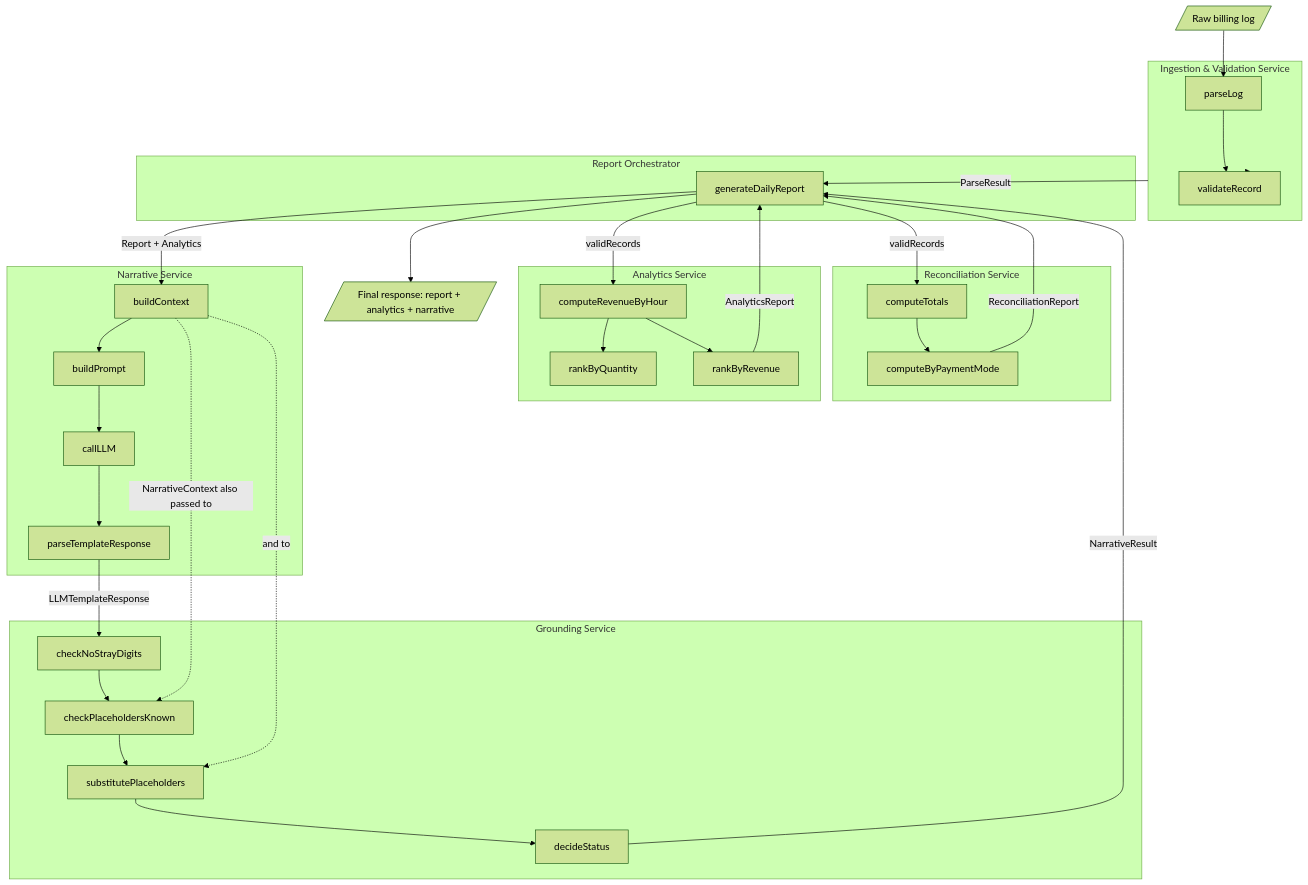
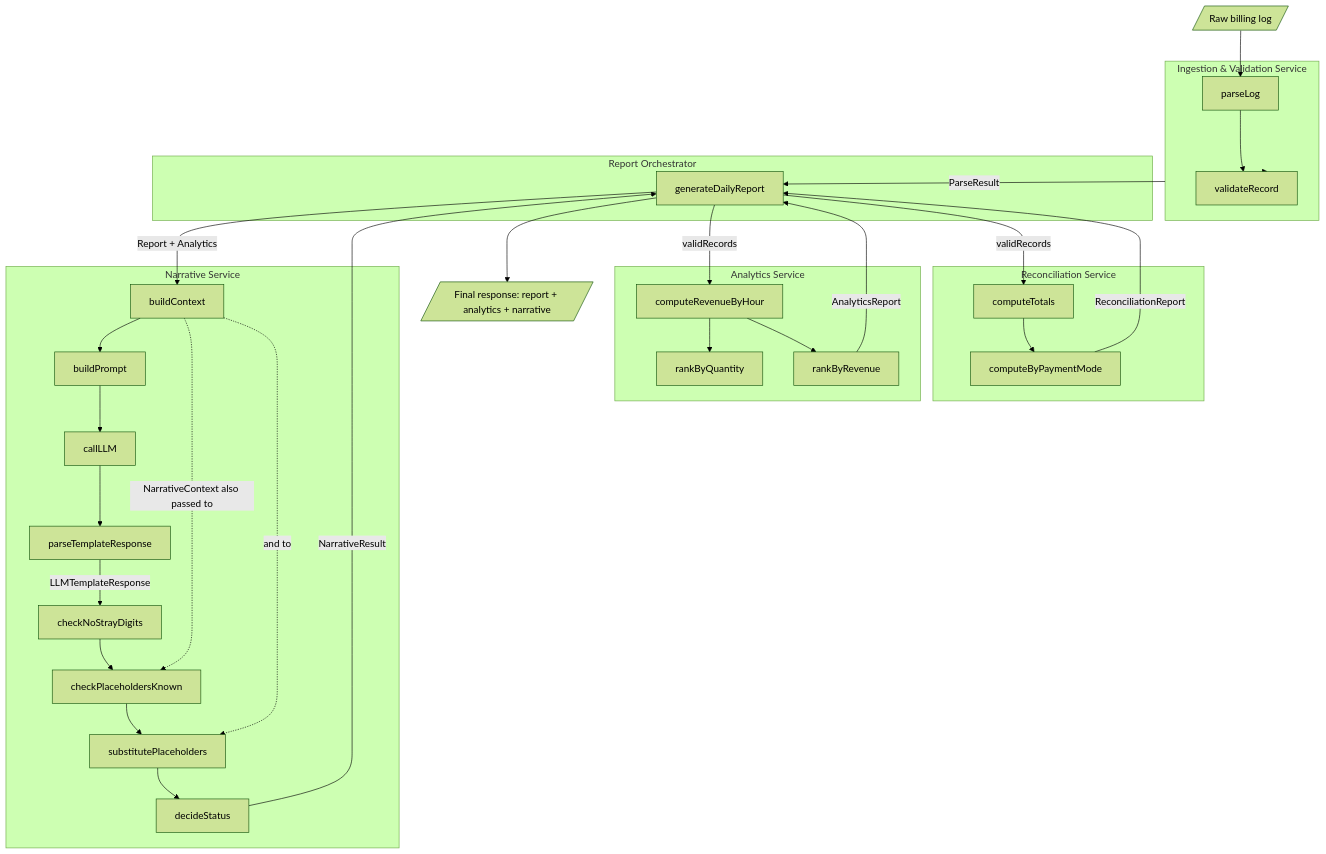
One commit to jitendra-ky/swq_daily_log_analyser changed the second of 6 diagrams in docs/low_leve_design.md. Above: the diagram before and after it, drawn with Mermaid (forest theme). The commit also changed other lines of this file, not shown here.

````diff
--- a/docs/low_leve_design.md
+++ b/docs/low_leve_design.md
@@ -157,56 +157,53 @@
 ```mermaid
 flowchart TB
     subgraph Ingestion["Ingestion & Validation Service"]
         A1[parseLog]
         A2[validateRecord]
     end
 
     subgraph Reconciliation["Reconciliation Service"]
         B1[computeTotals]
         B2[computeByPaymentMode]
     end
 
     subgraph Analytics["Analytics Service"]
         C1[computeRevenueByHour]
         C2[rankByQuantity]
         C3[rankByRevenue]
     end
 
     subgraph Narrative["Narrative Service"]
         D0[buildContext]
         D1[buildPrompt]
         D2[callLLM]
         D3[parseTemplateResponse]
-    end
-
-    subgraph Grounding["Grounding Service"]
         E1[checkNoStrayDigits]
         E2[checkPlaceholdersKnown]
         E3[substitutePlaceholders]
         E4[decideStatus]
     end
 
     subgraph Orchestrator["Report Orchestrator"]
         F1[generateDailyReport]
     end
 
     RawLog[/Raw billing log/] --> A1
     A1 --> A2
     A2 --> Ingestion
     Ingestion -- ParseResult --> F1
 
     F1 -- validRecords --> B1 --> B2
     F1 -- validRecords --> C1 --> C2
     C1 --> C3
 
     B2 -- ReconciliationReport --> F1
     C3 -- AnalyticsReport --> F1
 
     F1 -- Report + Analytics --> D0 --> D1 --> D2 --> D3
     D3 -- LLMTemplateResponse --> E1 --> E2 --> E3 --> E4
     D0 -.->|NarrativeContext also passed to| E2
     D0 -.->|and to| E3
     E4 -- NarrativeResult --> F1
 
     F1 --> Output[/Final response: report + analytics + narrative/]
 ```
````
